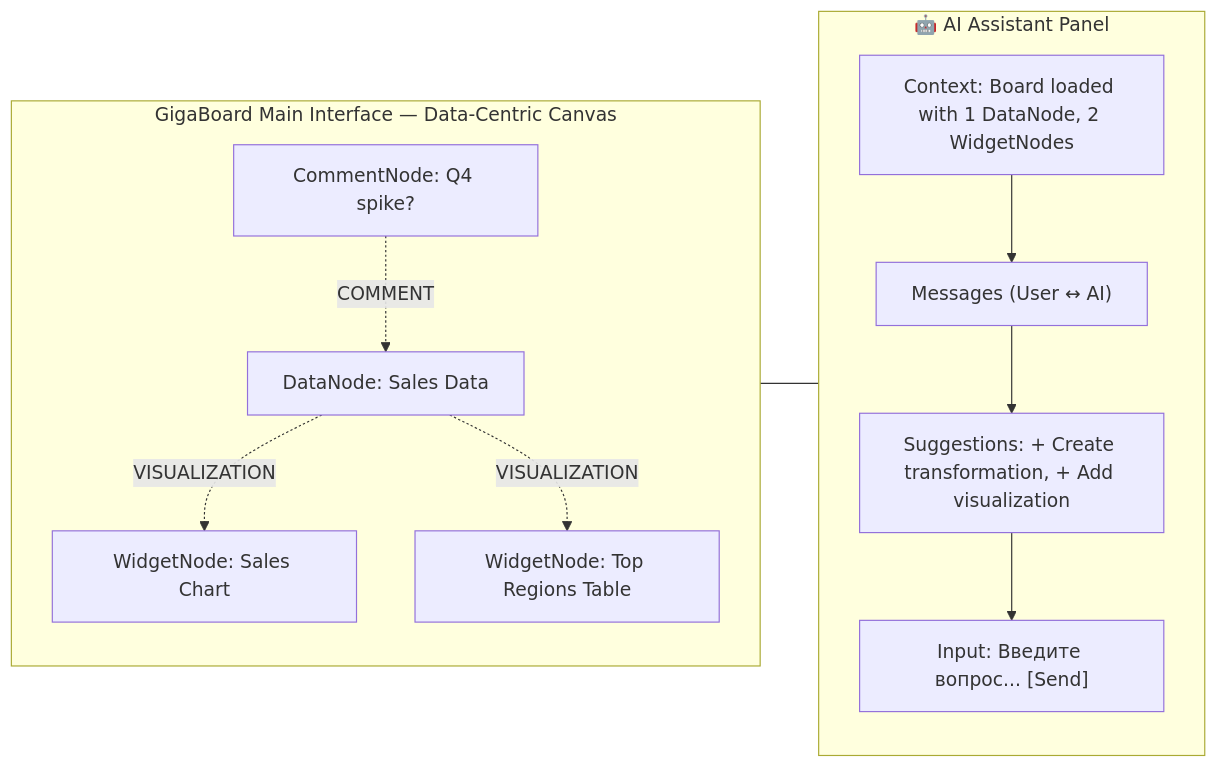
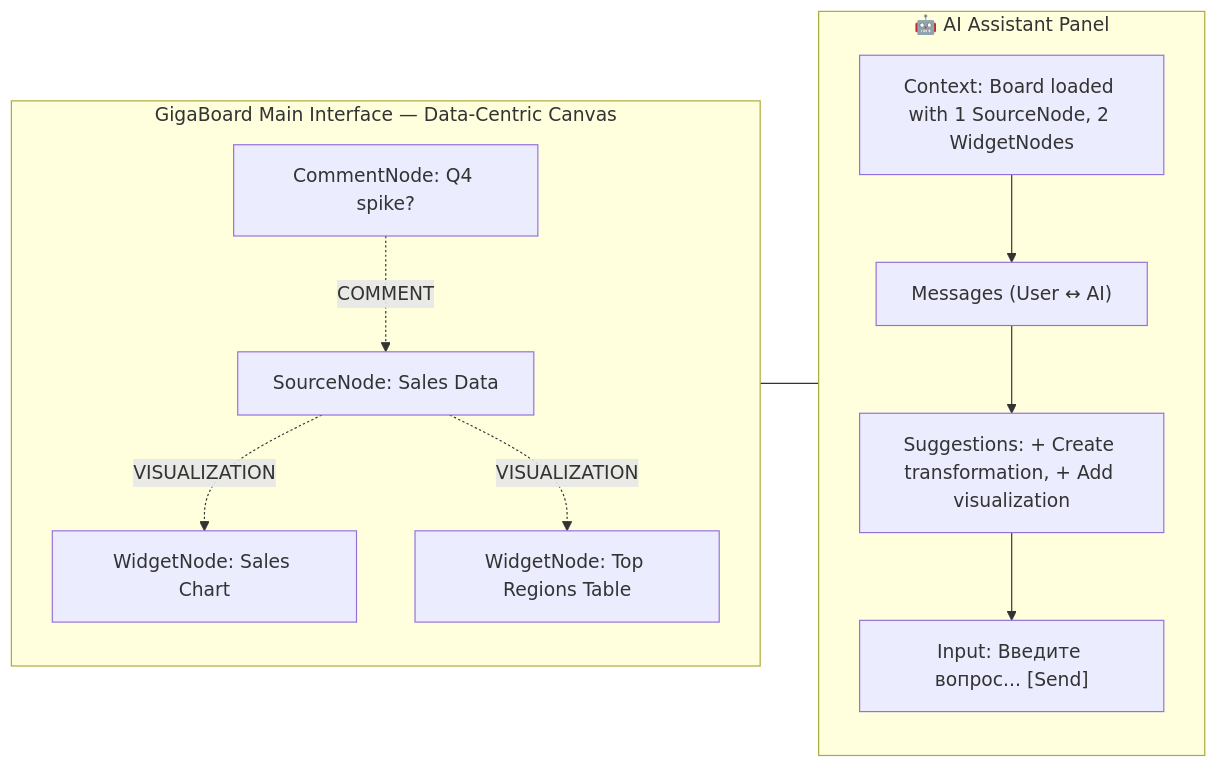
One commit to sgalex/gigaboard changed the first of 8 diagrams in docs/UI_DESIGN.md. Above: the diagram before and after it, drawn with Mermaid. The commit also changed other lines of this file and 292 other files, not shown here.

````diff
--- a/docs/UI_DESIGN.md
+++ b/docs/UI_DESIGN.md
@@ -4,20 +4,20 @@
 ```mermaid
 flowchart LR
    subgraph Main["GigaBoard Main Interface — Data-Centric Canvas"]
-      DN1["DataNode: Sales Data"]
+      SN1["SourceNode: Sales Data"]
       WN1["WidgetNode: Sales Chart"]
       WN2["WidgetNode: Top Regions Table"]
       CN1["CommentNode: Q4 spike?"]
-      DN1 -.VISUALIZATION.-> WN1
-      DN1 -.VISUALIZATION.-> WN2
-      CN1 -.COMMENT.-> DN1
+      SN1 -.VISUALIZATION.-> WN1
+      SN1 -.VISUALIZATION.-> WN2
+      CN1 -.COMMENT.-> SN1
    end
    subgraph Panel["🤖 AI Assistant Panel"]
-      P1["Context: Board loaded with 1 DataNode, 2 WidgetNodes"]
+      P1["Context: Board loaded with 1 SourceNode, 2 WidgetNodes"]
       P2["Messages (User ↔ AI)"]
       P3["Suggestions: + Create transformation, + Add visualization"]
       P4["Input: Введите вопрос... [Send]"]
       P1 --> P2 --> P3 --> P4
    end
    Main --- Panel
 ```
````
